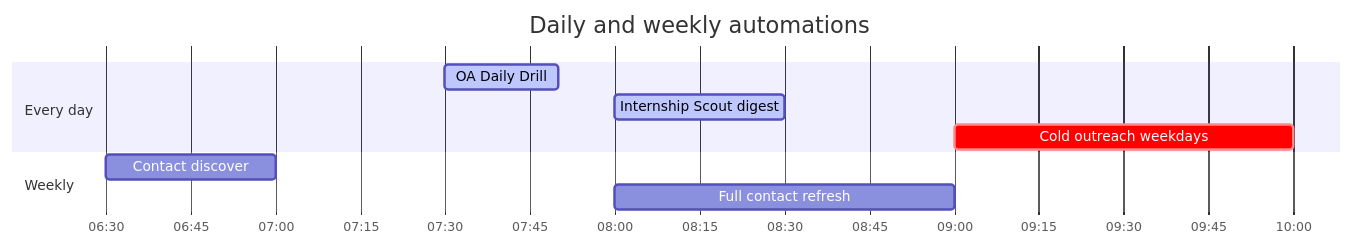
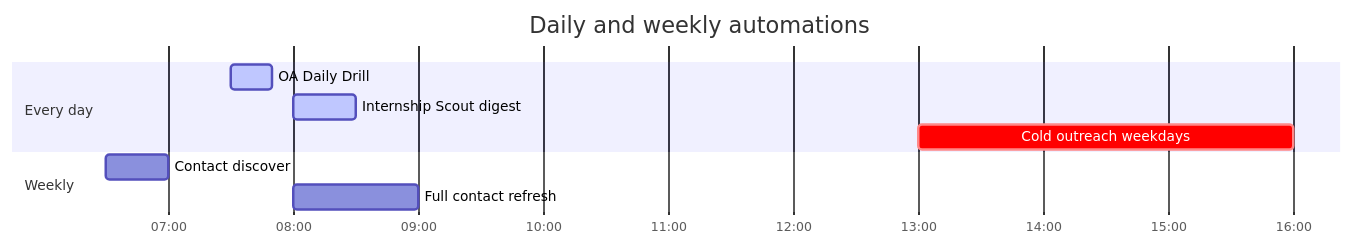
The second of 4 diagrams in README.md (Ojas-Srivastava05/resume-optimiser), drawn with Mermaid before and after one commit. The commit also changed other lines of this file and 17 other files, not shown here.

First line of the commit message:
refactor(cold-outreach): update email sending strategy and workflow

````diff
--- a/README.md
+++ b/README.md
@@ -138,13 +138,13 @@
 ```mermaid
 gantt
     title Daily and weekly automations
     dateFormat HH:mm
     axisFormat %H:%M
     section Every day
     OA Daily Drill           :active, 07:30, 20m
     Internship Scout digest  :active, 08:00, 30m
-    Cold outreach weekdays   :crit, 09:00, 60m
+    Cold outreach weekdays   :crit, 13:00, 180m
     section Weekly
     Contact discover         :06:30, 30m
     Full contact refresh     :08:00, 60m
 ```
````
